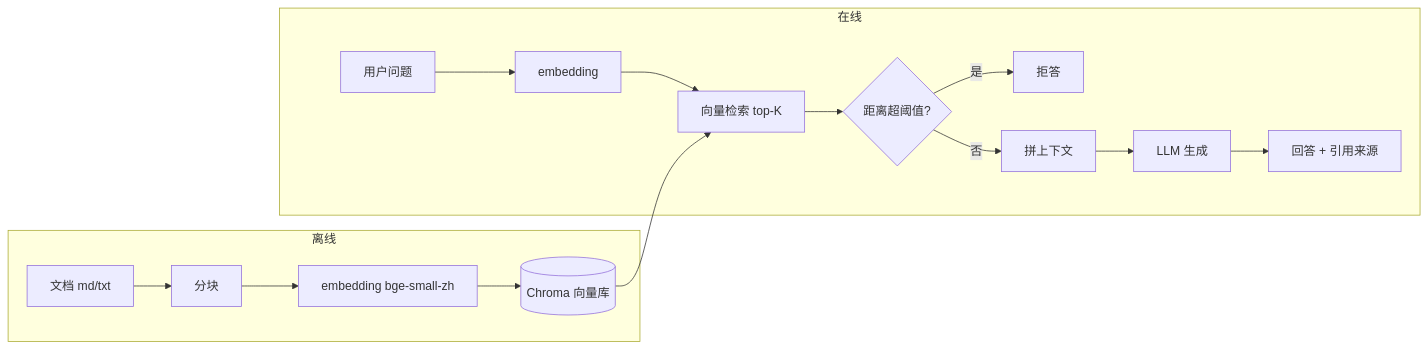
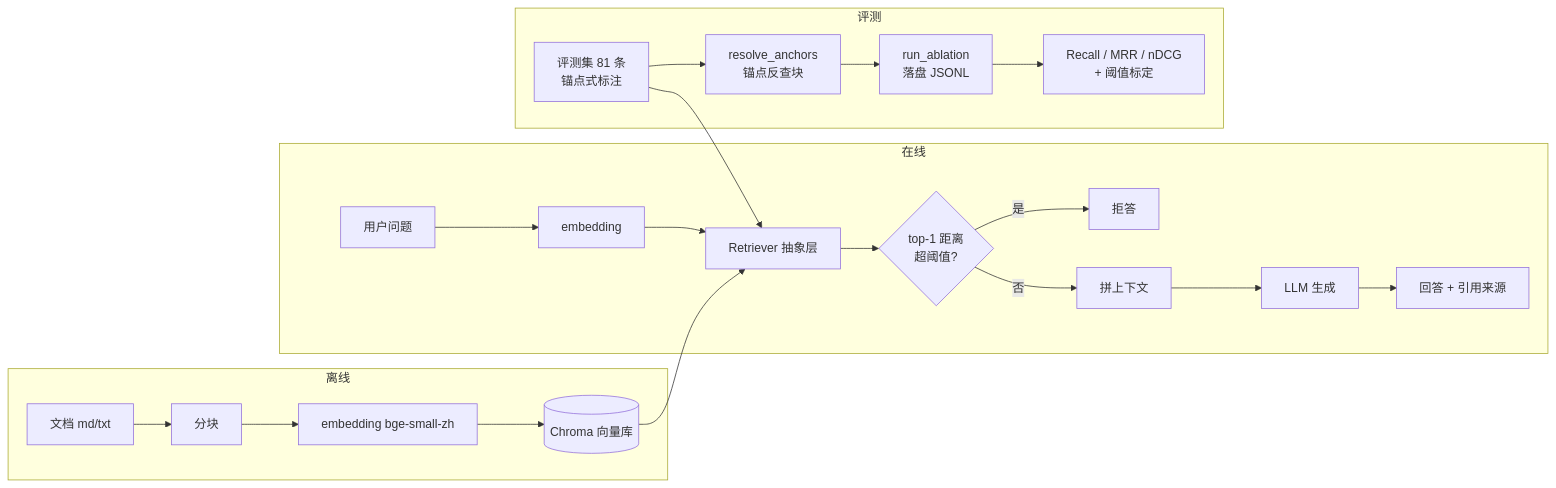
One commit to Ray-O-BUCK/course-rag changed the diagram in README.md. Above: the diagram before and after it, drawn with Mermaid. The commit also changed other lines of this file and 20 other files, not shown here.

````diff
--- a/README.md
+++ b/README.md
@@ -30,18 +34,24 @@
 ```mermaid
 flowchart LR
     subgraph 离线
         A[文档 md/txt] --> B[分块]
         B --> C[embedding bge-small-zh]
         C --> D[(Chroma 向量库)]
     end
     subgraph 在线
         E[用户问题] --> F[embedding]
-        F --> G[向量检索 top-K]
-        G --> H{距离超阈值?}
+        F --> G[Retriever 抽象层]
+        G --> H{"top-1 距离<br/>超阈值?"}
         H -->|是| I[拒答]
         H -->|否| J[拼上下文]
         J --> K[LLM 生成]
         K --> L[回答 + 引用来源]
     end
+    subgraph 评测
+        M[评测集 81 条<br/>锚点式标注] --> N[resolve_anchors<br/>锚点反查块]
+        N --> O[run_ablation<br/>落盘 JSONL]
+        O --> P[Recall / MRR / nDCG<br/>+ 阈值标定]
+    end
     D --> G
+    M --> G
 ```
````
